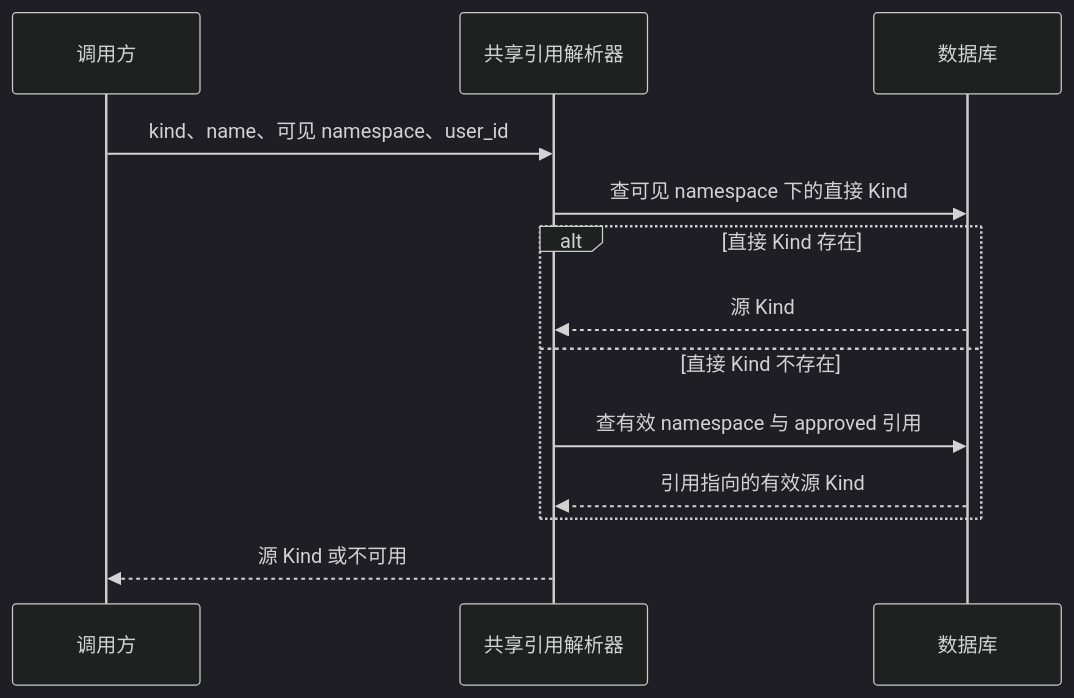
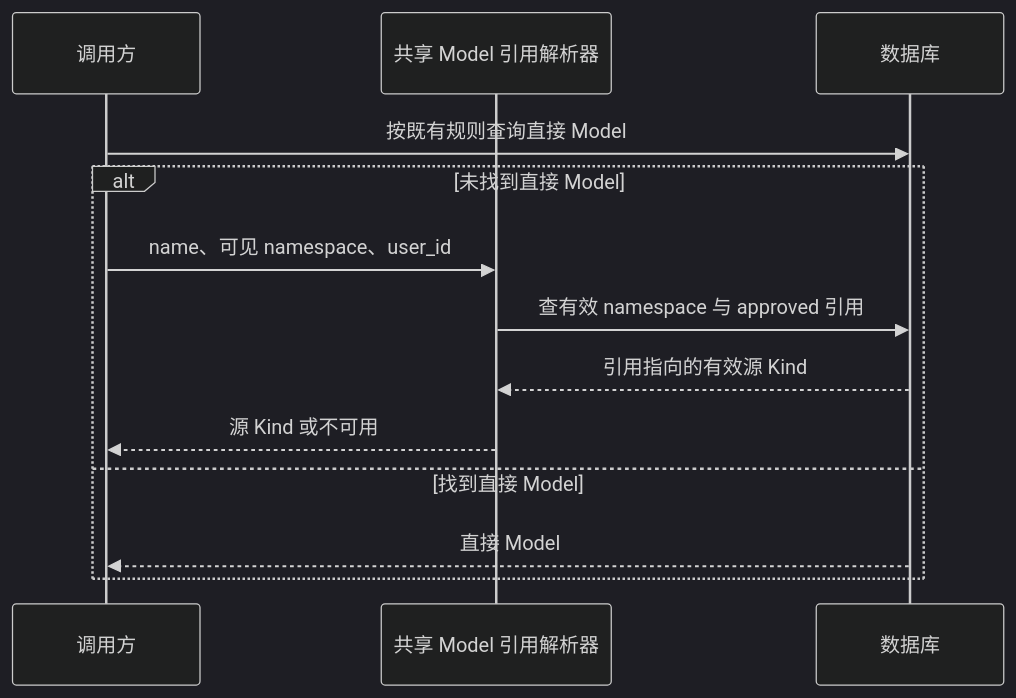
One commit to wecode-ai/Wegent changed the second of 2 diagrams in docs/zh/architecture/capability-reference-resolution.md. Above: the diagram before and after it, drawn with Mermaid (dark theme). The commit also changed other lines of this file and 6 other files, not shown here.

````diff
--- a/docs/zh/architecture/capability-reference-resolution.md
+++ b/docs/zh/architecture/capability-reference-resolution.md
@@ -24,15 +25,15 @@
 ```mermaid
 sequenceDiagram
     participant C as 调用方
-    participant R as 共享引用解析器
+    participant R as 共享 Model 引用解析器
     participant DB as 数据库
-    C->>R: kind、name、可见 namespace、user_id
-    R->>DB: 查可见 namespace 下的直接 Kind
-    alt 直接 Kind 存在
-        DB-->>R: 源 Kind
-    else 直接 Kind 不存在
+    C->>DB: 按既有规则查询直接 Model
+    alt 未找到直接 Model
+        C->>R: name、可见 namespace、user_id
         R->>DB: 查有效 namespace 与 approved 引用
         DB-->>R: 引用指向的有效源 Kind
+        R-->>C: 源 Kind 或不可用
+    else 找到直接 Model
+        DB-->>C: 直接 Model
     end
-    R-->>C: 源 Kind 或不可用
 ```
````
